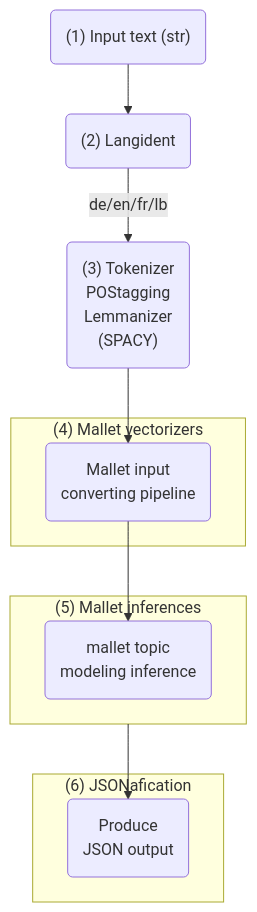
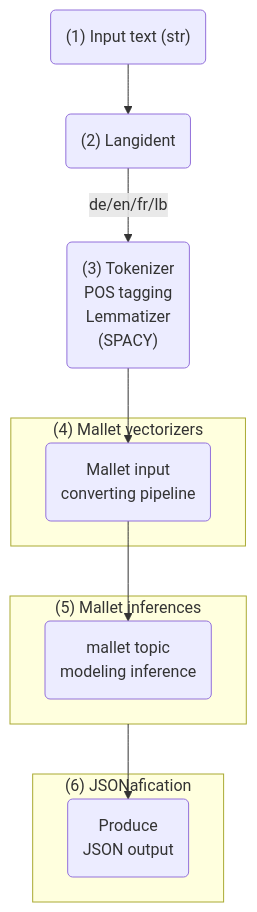
One commit to impresso/impresso-pipelines changed the diagram in README_ldatopics.md. Above: the diagram before and after it, drawn with Mermaid.

Commit message:
Potential fix for pull request finding

````diff
--- a/README_ldatopics.md
+++ b/README_ldatopics.md
@@ -6,26 +6,26 @@
 ```mermaid
 flowchart TD
  subgraph s1["(4) Mallet vectorizers"]
         n3["Mallet input<br>converting pipeline"]
   end
  subgraph s2["(5) Mallet inferences"]
         n5["mallet topic <br>modeling inference"]
   end
  subgraph s3["(6) JSONafication"]
         n6["Produce <br>JSON output"]
   end
     A["(1) Input text (str)"] --> n1["(2) Langident"]
-    n1 -- de/en/fr/lb --> n2["(3) Tokenizer<br>POStagging<br>Lemmanizer<br>(SPACY)"]
+    n1 -- de/en/fr/lb --> n2["(3) Tokenizer<br>POS tagging<br>Lemmatizer<br>(SPACY)"]
     n2 --> n3
     n3 --> n5
     s2 --> n6
 
     n3@{ shape: rounded}
     n5@{ shape: rounded}
     n6@{ shape: rounded}
     A@{ shape: rounded}
     n1@{ shape: rounded}
     n2@{ shape: rounded}
 
 
 ```
````
